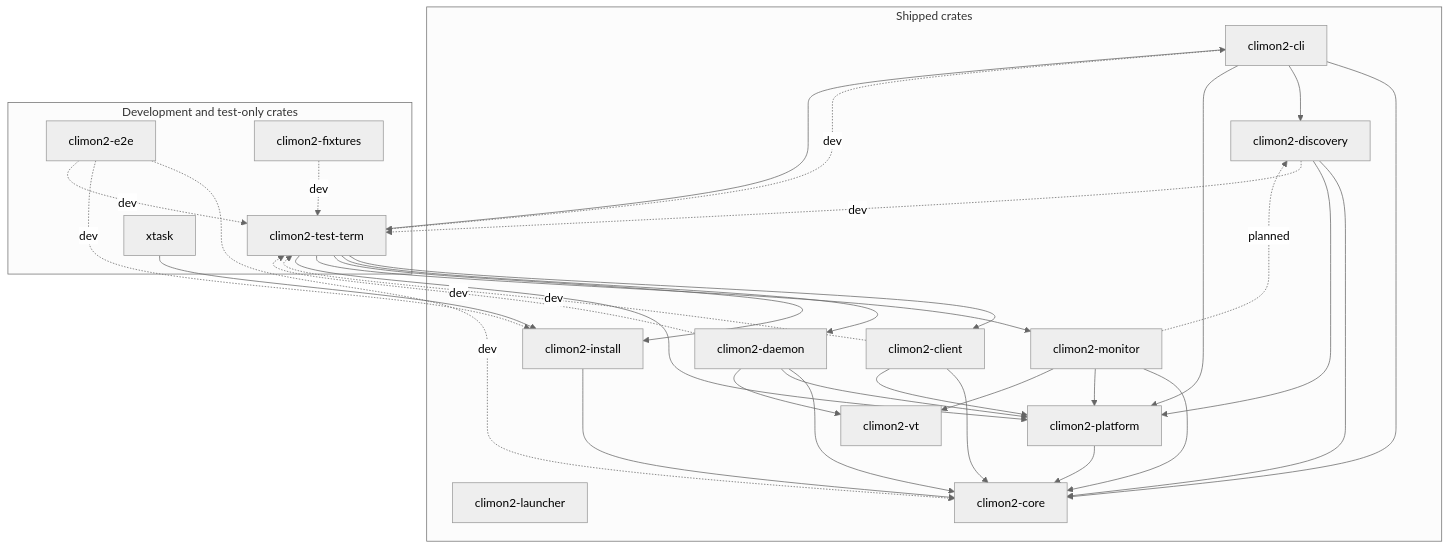
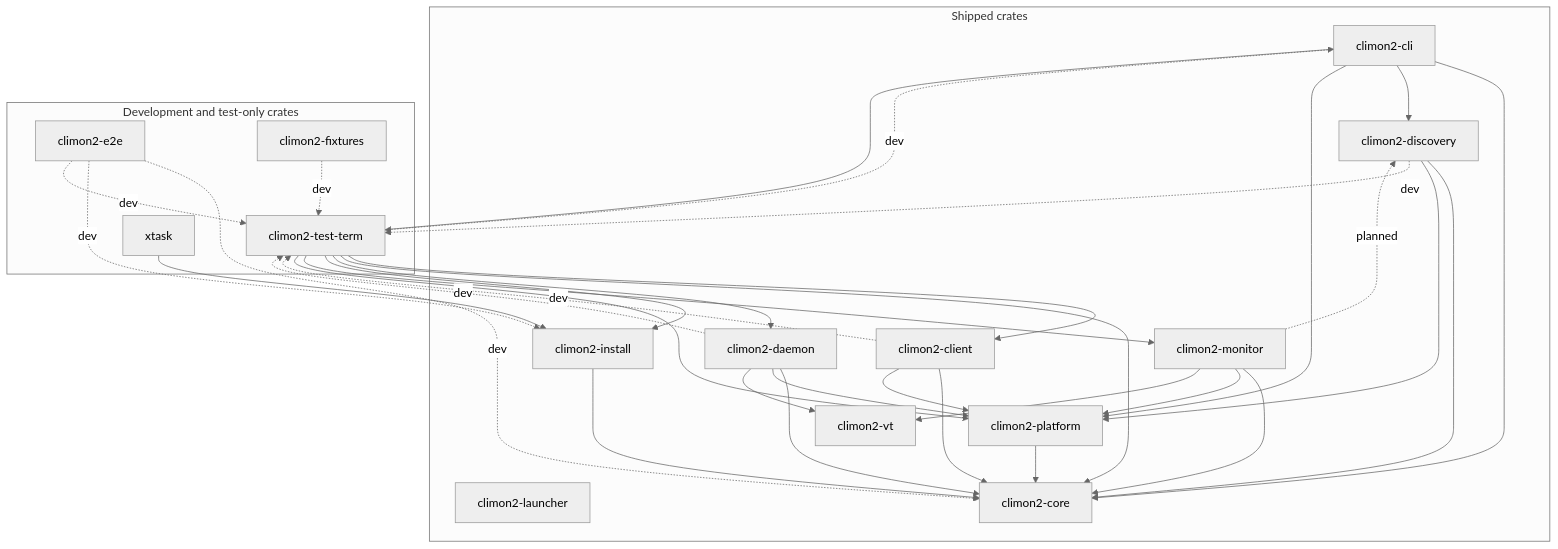
Before and after one commit to jackgeek/climon2: the diagram in docs/crate-relationships.md, drawn with Mermaid (neutral theme). The commit also changed other lines of this file and 8 other files, not shown here.

````diff
--- a/docs/crate-relationships.md
+++ b/docs/crate-relationships.md
@@ -10,56 +10,57 @@
 ```mermaid
 flowchart TB
     subgraph shipped["Shipped crates"]
         launcher["climon2-launcher"]
         cli["climon2-cli"]
         discovery["climon2-discovery"]
         client["climon2-client"]
         daemon["climon2-daemon"]
         install["climon2-install"]
         monitor["climon2-monitor"]
         platform["climon2-platform"]
         core["climon2-core"]
         vt["climon2-vt"]
 
         cli --> core
         cli --> discovery
         cli --> platform
         discovery --> core
         discovery --> platform
         client --> core
         client --> platform
         daemon --> core
         daemon --> platform
         daemon --> vt
         install --> core
         monitor --> core
         monitor --> platform
         monitor --> vt
         platform --> core
     end
 
     subgraph development["Development and test-only crates"]
         test_term["climon2-test-term"]
         e2e["climon2-e2e"]
         fixtures["climon2-fixtures"]
         xtask["xtask"]
     end
 
     cli -.->|"dev"| test_term
     discovery -.->|"dev"| test_term
     client -.->|"dev"| test_term
     daemon -.->|"dev"| test_term
     test_term --> cli
     test_term --> client
+    test_term --> core
     test_term --> daemon
     test_term --> install
     test_term --> monitor
     test_term --> platform
     e2e -.->|"dev"| core
     e2e -.->|"dev"| install
     e2e -.->|"dev"| test_term
     fixtures -.->|"dev"| test_term
     xtask --> install
 
     monitor -.->|"planned"| discovery
 ```
````
